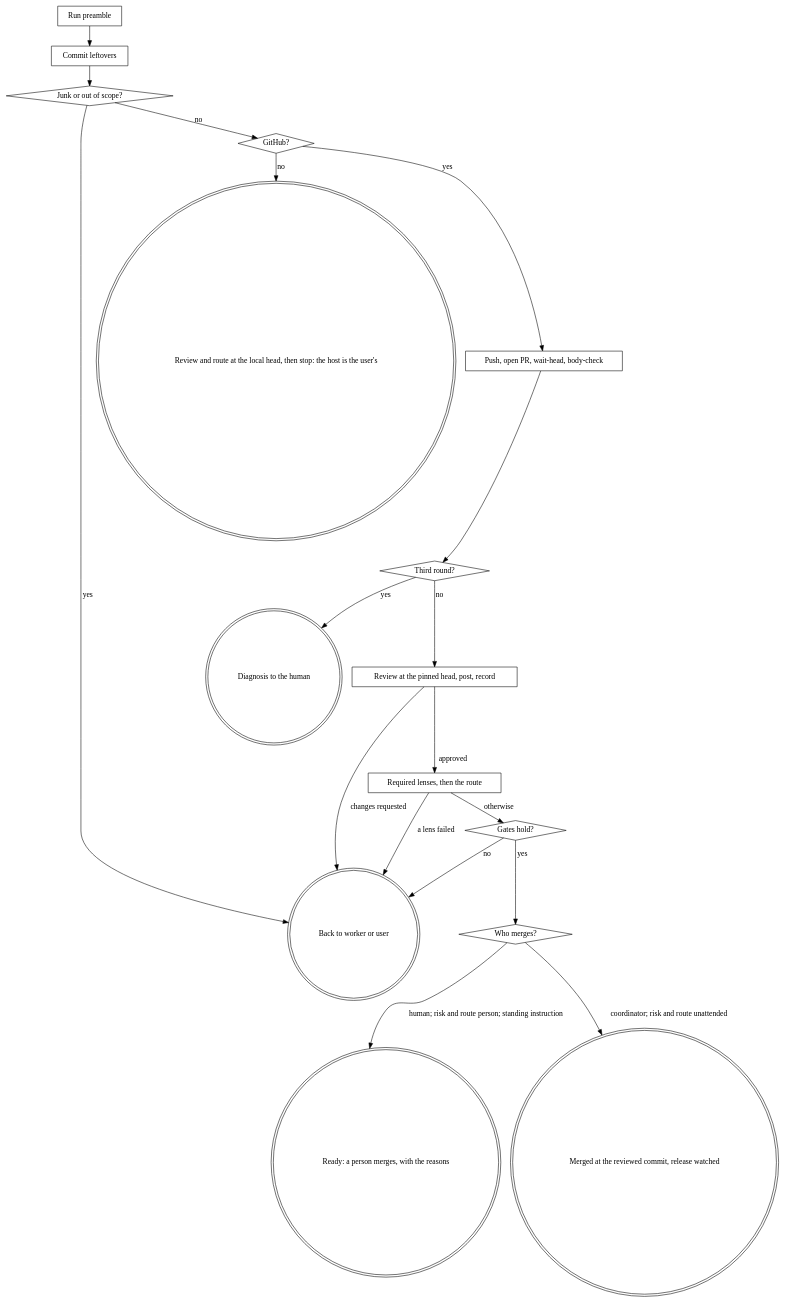
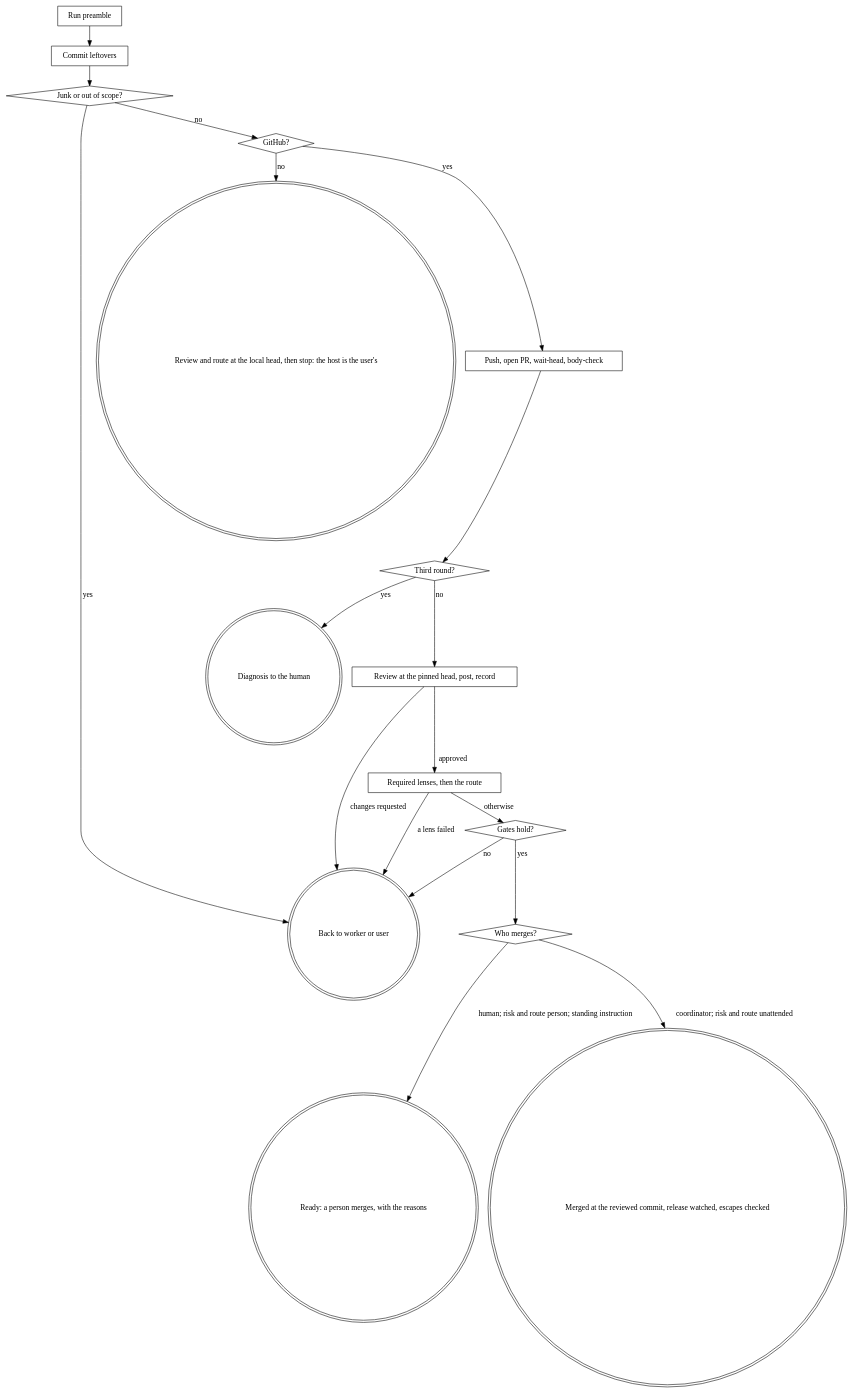
The diagram in skills/finish-lane/SKILL.md (Yesterday-AI/ytstack), drawn with Graphviz before and after one commit. The commit also changed other lines of this file and 42 other files, not shown here.

````diff
--- a/skills/finish-lane/SKILL.md
+++ b/skills/finish-lane/SKILL.md
@@ -52,36 +53,36 @@
 ```dot
 digraph finish_lane {
     "Run preamble" [shape=box];
     "Commit leftovers" [shape=box];
     "Junk or out of scope?" [shape=diamond];
     "Back to worker or user" [shape=doublecircle];
     "GitHub?" [shape=diamond];
     "Review and route at the local head, then stop: the host is the user's" [shape=doublecircle];
     "Push, open PR, wait-head, body-check" [shape=box];
     "Third round?" [shape=diamond];
     "Diagnosis to the human" [shape=doublecircle];
     "Review at the pinned head, post, record" [shape=box];
     "Required lenses, then the route" [shape=box];
     "Gates hold?" [shape=diamond];
     "Who merges?" [shape=diamond];
     "Ready: a person merges, with the reasons" [shape=doublecircle];
-    "Merged at the reviewed commit, release watched" [shape=doublecircle];
+    "Merged at the reviewed commit, release watched, escapes checked" [shape=doublecircle];
 
     "Run preamble" -> "Commit leftovers" -> "Junk or out of scope?";
     "Junk or out of scope?" -> "Back to worker or user" [label="yes"];
     "Junk or out of scope?" -> "GitHub?" [label="no"];
     "GitHub?" -> "Review and route at the local head, then stop: the host is the user's" [label="no"];
     "GitHub?" -> "Push, open PR, wait-head, body-check" [label="yes"];
     "Push, open PR, wait-head, body-check" -> "Third round?";
     "Third round?" -> "Diagnosis to the human" [label="yes"];
     "Third round?" -> "Review at the pinned head, post, record" [label="no"];
     "Review at the pinned head, post, record" -> "Back to worker or user" [label="changes requested"];
     "Review at the pinned head, post, record" -> "Required lenses, then the route" [label="approved"];
     "Required lenses, then the route" -> "Back to worker or user" [label="a lens failed"];
     "Required lenses, then the route" -> "Gates hold?" [label="otherwise"];
     "Gates hold?" -> "Back to worker or user" [label="no"];
     "Gates hold?" -> "Who merges?" [label="yes"];
     "Who merges?" -> "Ready: a person merges, with the reasons" [label="human; risk and route person; standing instruction"];
-    "Who merges?" -> "Merged at the reviewed commit, release watched" [label="coordinator; risk and route unattended"];
+    "Who merges?" -> "Merged at the reviewed commit, release watched, escapes checked" [label="coordinator; risk and route unattended"];
 }
 ```
````
